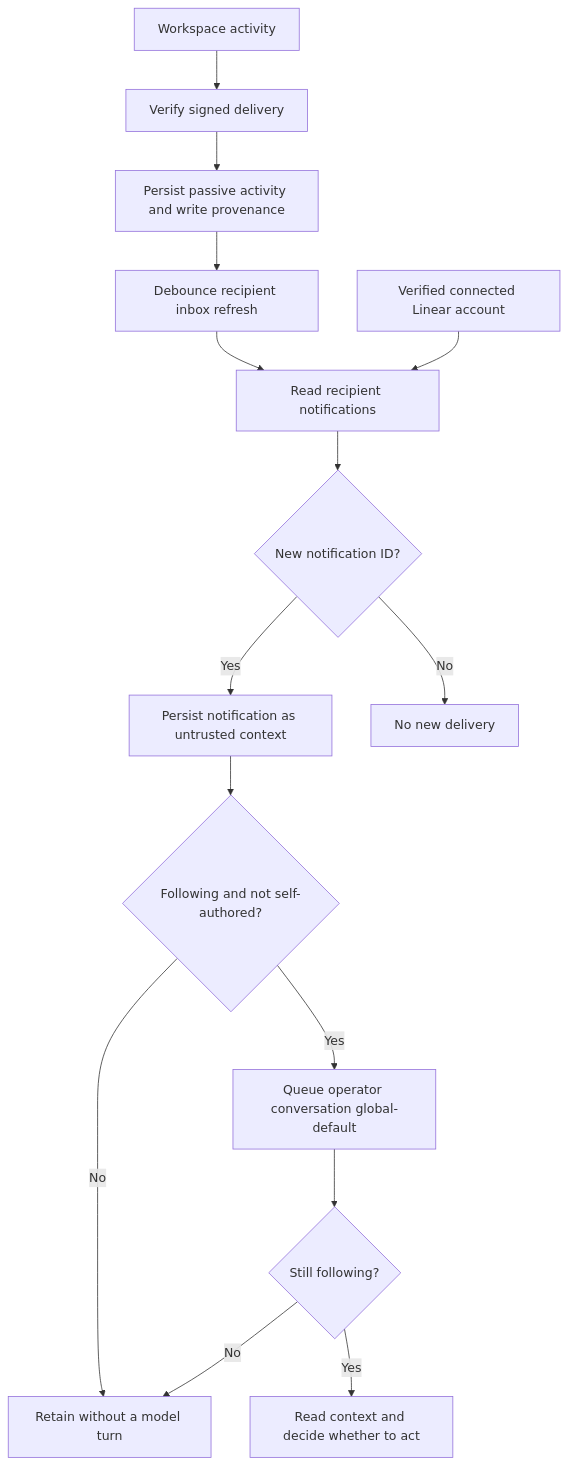
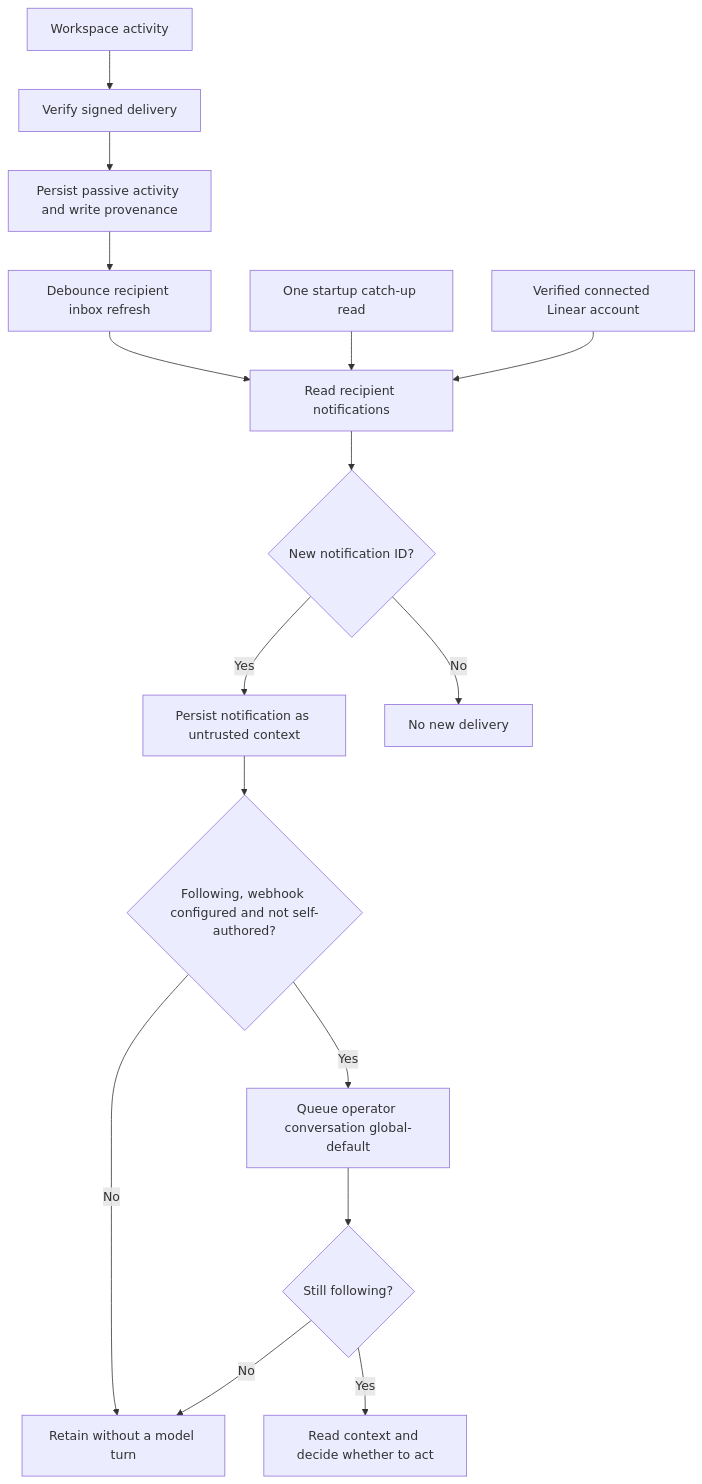
One commit to Volpestyle/clankie changed the diagram in docs/adr/0168-linear-awareness-is-opt-in.md. Above: the diagram before and after it, drawn with Mermaid. The commit also changed other lines of this file and 23 other files, not shown here.

Commit message:
Require a webhook for event-driven Linear following

````diff
--- a/docs/adr/0168-linear-awareness-is-opt-in.md
+++ b/docs/adr/0168-linear-awareness-is-opt-in.md
@@ -146,17 +159,18 @@
 ```mermaid
 flowchart TD
     Webhook[Workspace activity] --> Verify[Verify signed delivery]
     Verify --> History[Persist passive activity and write provenance]
     History --> Debounce[Debounce recipient inbox refresh]
     Debounce --> Poll[Read recipient notifications]
+    Startup[One startup catch-up read] --> Poll
     Account[Verified connected Linear account] --> Poll
     Poll --> Fresh{New notification ID?}
     Fresh -->|Yes| Inbox[Persist notification as untrusted context]
     Fresh -->|No| Done[No new delivery]
-    Inbox --> Follow{Following and not self-authored?}
+    Inbox --> Follow{Following, webhook configured and not self-authored?}
     Follow -->|No| Quiet[Retain without a model turn]
     Follow -->|Yes| Queue[Queue operator conversation global-default]
     Queue --> Recheck{Still following?}
     Recheck -->|No| Quiet
     Recheck -->|Yes| Clankie[Read context and decide whether to act]
 ```
````
